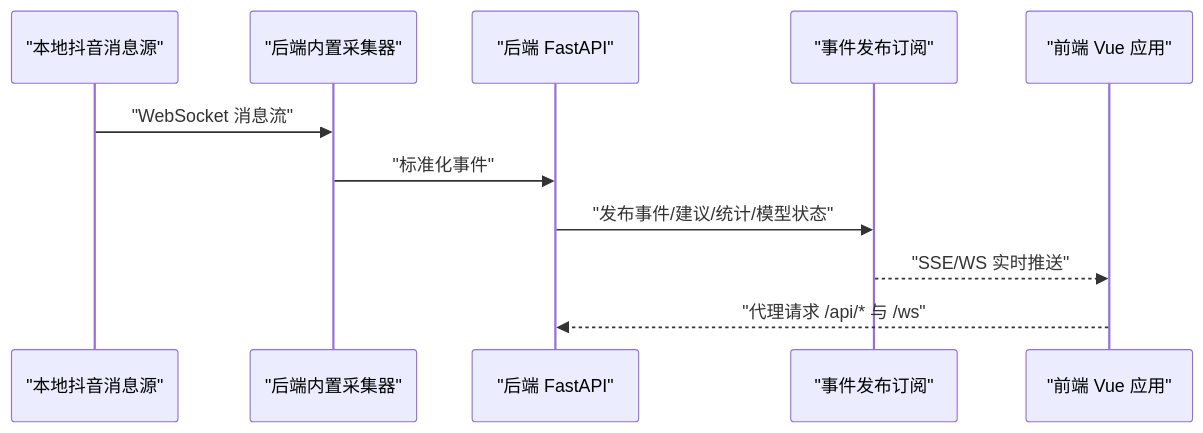
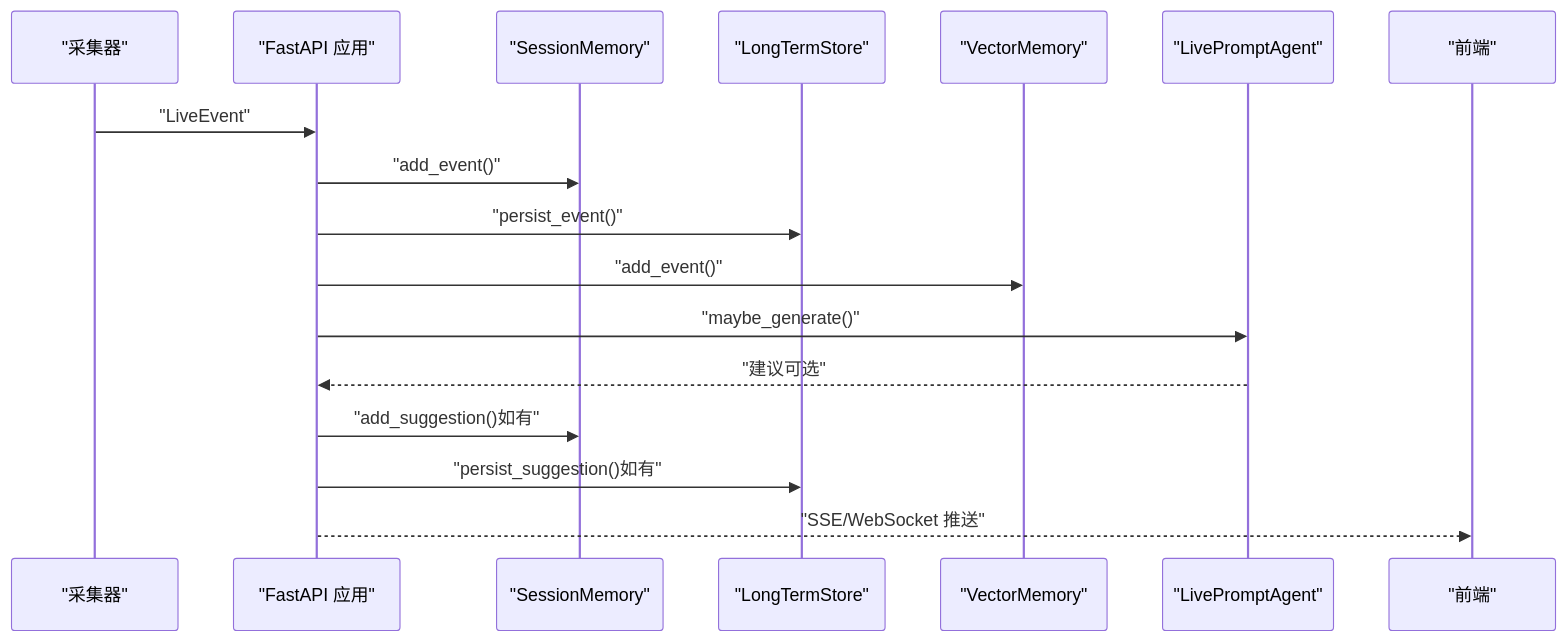
The third of 7 diagrams in .qoder/repowiki/zh/content/快速开始.md (Moon-Force/DouYin_llm), drawn with Mermaid before and after one commit. The commit also changed other lines of this file and 218 other files, not shown here.

````diff
--- a/.qoder/repowiki/zh/content/快速开始.md
+++ b/.qoder/repowiki/zh/content/快速开始.md
@@ -89,13 +126,19 @@
 ```mermaid
 sequenceDiagram
-participant Tool as "本地抖音消息源"
-participant Collector as "后端内置采集器"
-participant API as "后端 FastAPI"
-participant Broker as "事件发布订阅"
-participant Frontend as "前端 Vue 应用"
-Tool->>Collector : "WebSocket 消息流"
-Collector->>API : "标准化事件"
-API->>Broker : "发布事件/建议/统计/模型状态"
-Broker-->>Frontend : "SSE/WS 实时推送"
-Frontend-->>API : "代理请求 /api/* 与 /ws"
+participant Collector as "采集器"
+participant App as "FastAPI 应用"
+participant Mem as "SessionMemory"
+participant LTS as "LongTermStore"
+participant VM as "VectorMemory"
+participant Agent as "LivePromptAgent"
+participant Front as "前端"
+Collector->>App : "LiveEvent"
+App->>Mem : "add_event()"
+App->>LTS : "persist_event()"
+App->>VM : "add_event()"
+App->>Agent : "maybe_generate()"
+Agent-->>App : "建议可选"
+App->>Mem : "add_suggestion()如有"
+App->>LTS : "persist_suggestion()如有"
+App-->>Front : "SSE/WebSocket 推送"
 ```
````
